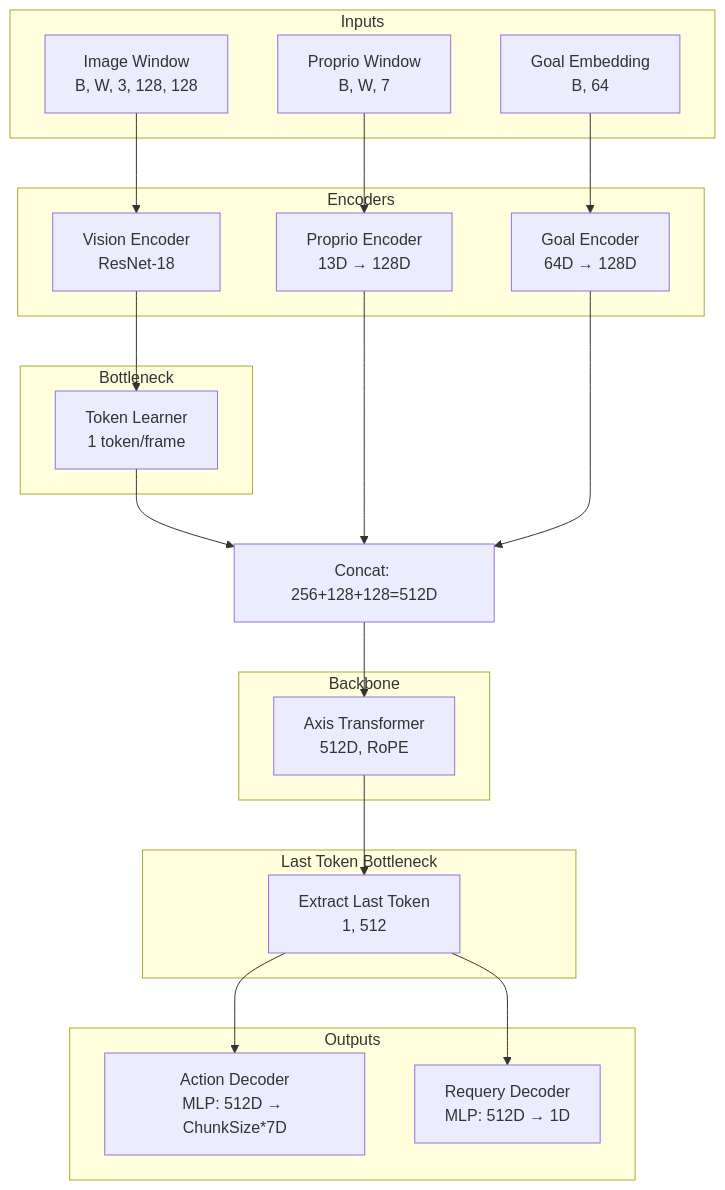
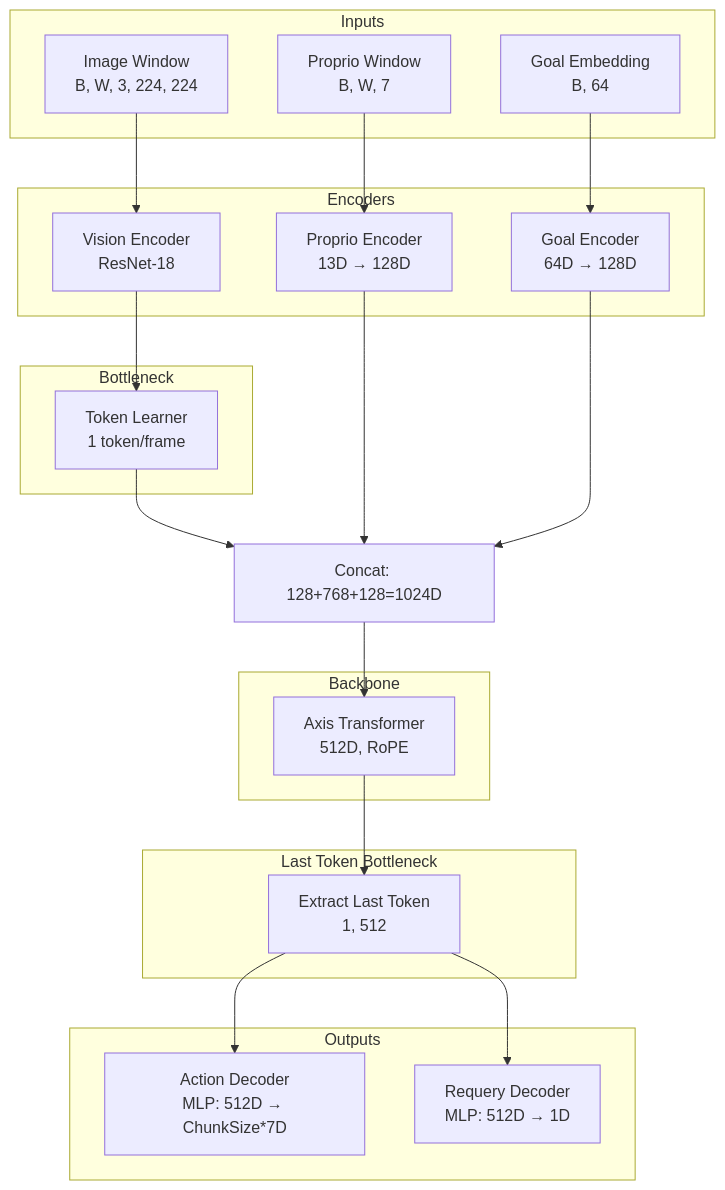
One commit to Thoooomas14/Axis changed the diagram in docs/model_design.md. Above: the diagram before and after it, drawn with Mermaid. The commit also changed other lines of this file and 13 other files, not shown here.

````diff
--- a/docs/model_design.md
+++ b/docs/model_design.md
@@ -16,44 +16,44 @@
 ```mermaid
 graph TD
     subgraph Inputs
-        Img[Image Window<br/>B, W, 3, 128, 128]
+        Img[Image Window<br/>B, W, 3, 224, 224]
         Prop[Proprio Window<br/>B, W, 7]
         Goal[Goal Embedding<br/>B, 64]
     end
 
     subgraph Encoders
         VE[Vision Encoder<br/>ResNet-18]
         PE[Proprio Encoder<br/>13D → 128D]
         GE[Goal Encoder<br/>64D → 128D]
     end
 
     subgraph Bottleneck
         TL[Token Learner<br/>1 token/frame]
     end
 
     subgraph Backbone
         T[Axis Transformer<br/>512D, RoPE]
     end
 
     subgraph "Last Token Bottleneck"
         LT[Extract Last Token<br/>1, 512]
     end
 
     subgraph Outputs
         AD[Action Decoder<br/>MLP: 512D → ChunkSize*7D]
         RD[Requery Decoder<br/>MLP: 512D → 1D]
     end
 
     Img --> VE --> TL
     Prop --> PE
     Goal --> GE
     
     TL --> Concat
     PE --> Concat
     GE --> Concat
-    Concat[Concat: 256+128+128=512D] --> T
+    Concat[Concat: 128+768+128=1024D] --> T
     
     T --> LT
     LT --> AD
     LT --> RD
 ```
````
